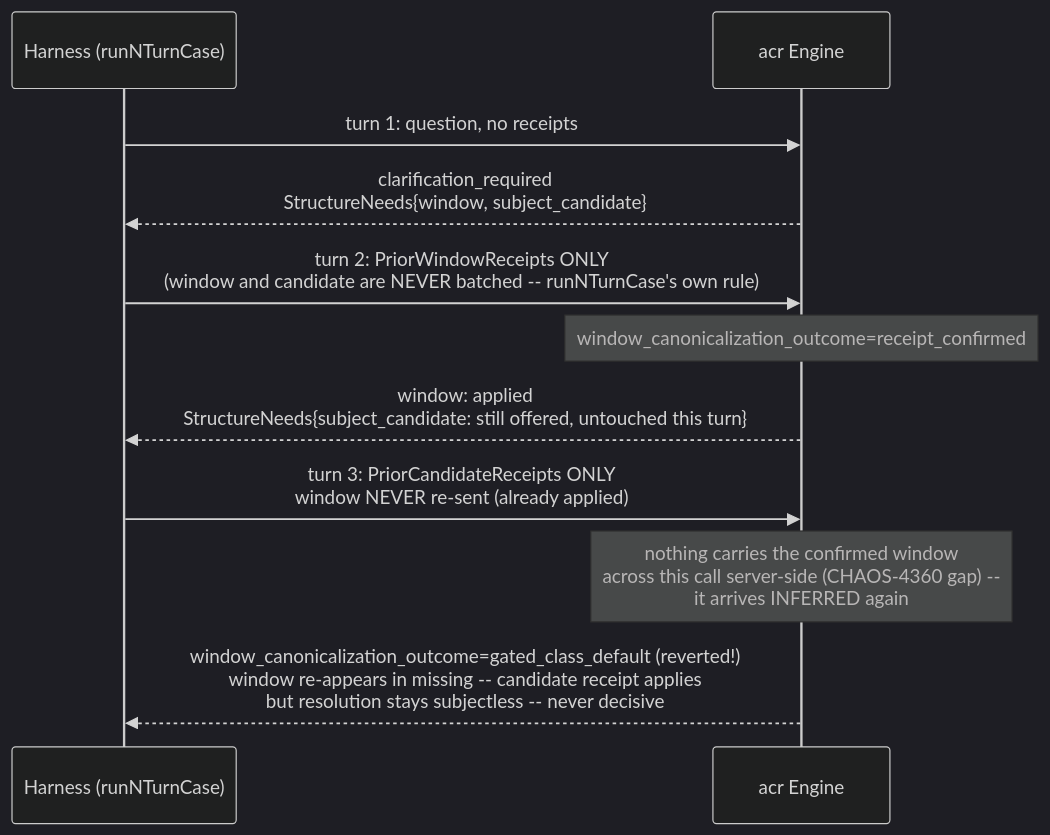
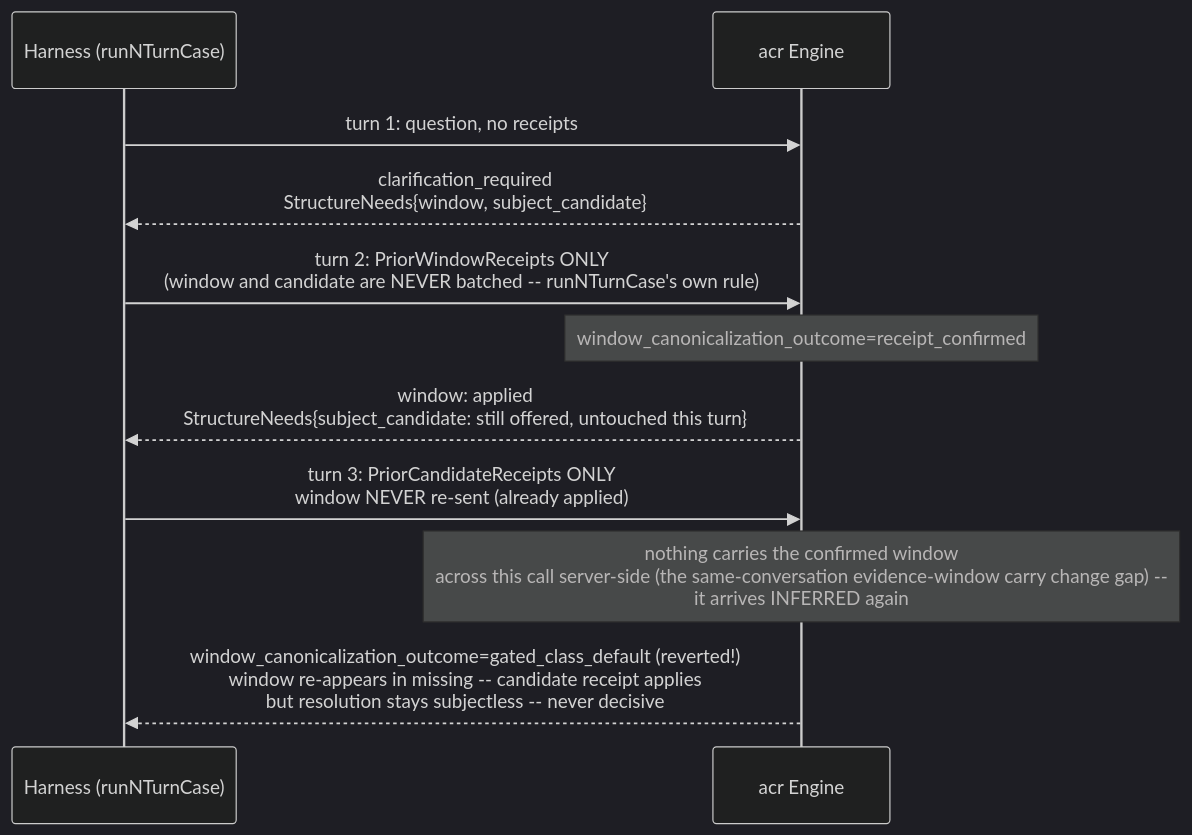
One commit to full-chaos/dev-health-acr changed the ninth of 39 diagrams in docs/design/context-fabric-architecture-diagrams.md. Above: the diagram before and after it, drawn with Mermaid (dark theme). The commit also changed other lines of this file and 61 other files, not shown here.

````diff
--- a/docs/design/context-fabric-architecture-diagrams.md
+++ b/docs/design/context-fabric-architecture-diagrams.md
@@ -1839,16 +1839,16 @@
 ```mermaid
 sequenceDiagram
   participant C as Harness (runNTurnCase)
   participant E as acr Engine
 
   C->>E: turn 1: question, no receipts
   E-->>C: clarification_required<br/>StructureNeeds{window, subject_candidate}
 
   C->>E: turn 2: PriorWindowReceipts ONLY<br/>(window and candidate are NEVER batched -- runNTurnCase's own rule)
   Note over E: window_canonicalization_outcome=receipt_confirmed
   E-->>C: window: applied<br/>StructureNeeds{subject_candidate: still offered, untouched this turn}
 
   C->>E: turn 3: PriorCandidateReceipts ONLY<br/>window NEVER re-sent (already applied)
-  Note over E: nothing carries the confirmed window<br/>across this call server-side (CHAOS-4360 gap) --<br/>it arrives INFERRED again
+  Note over E: nothing carries the confirmed window<br/>across this call server-side (the same-conversation evidence-window carry change gap) --<br/>it arrives INFERRED again
   E-->>C: window_canonicalization_outcome=gated_class_default (reverted!)<br/>window re-appears in missing -- candidate receipt applies<br/>but resolution stays subjectless -- never decisive
 ```
````
